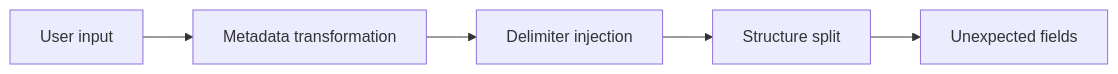
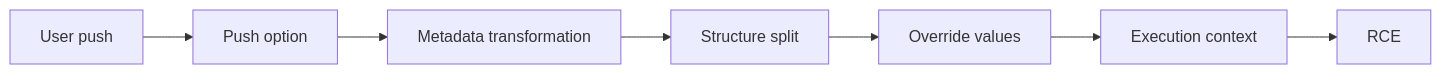
The first of 3 diagrams in cve/github/CVE-2026-3854.md (pullsec/hugo-content), drawn with Mermaid before and after one commit. The commit also changed other lines of this file, not shown here.

````diff
--- a/cve/github/CVE-2026-3854.md
+++ b/cve/github/CVE-2026-3854.md
@@ -87,8 +65,10 @@
 ```mermaid
 flowchart LR
-    A["User input"]
-        --> B["Metadata transformation"]
-        --> C["Delimiter injection"]
+    A["User push"]
+        --> B["Push option"]
+        --> C["Metadata transformation"]
         --> D["Structure split"]
-        --> E["Unexpected fields"]
+        --> E["Override values"]
+        --> F["Execution context"]
+        --> G["RCE"]
 ```
````
